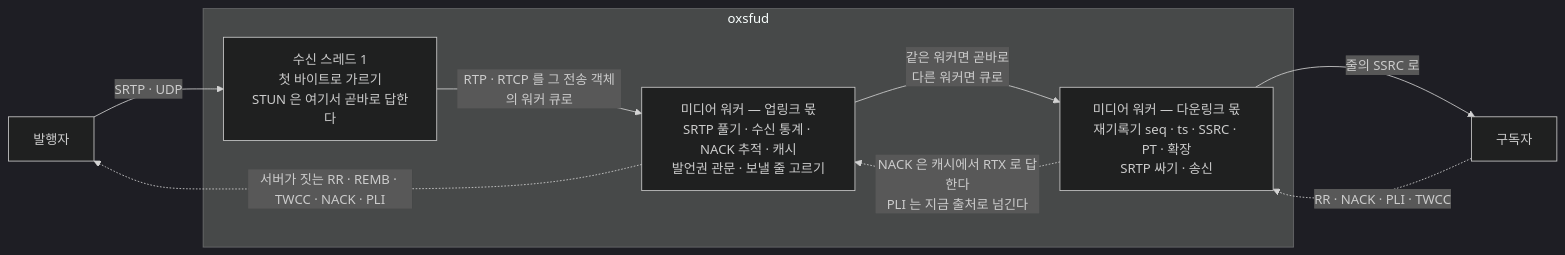
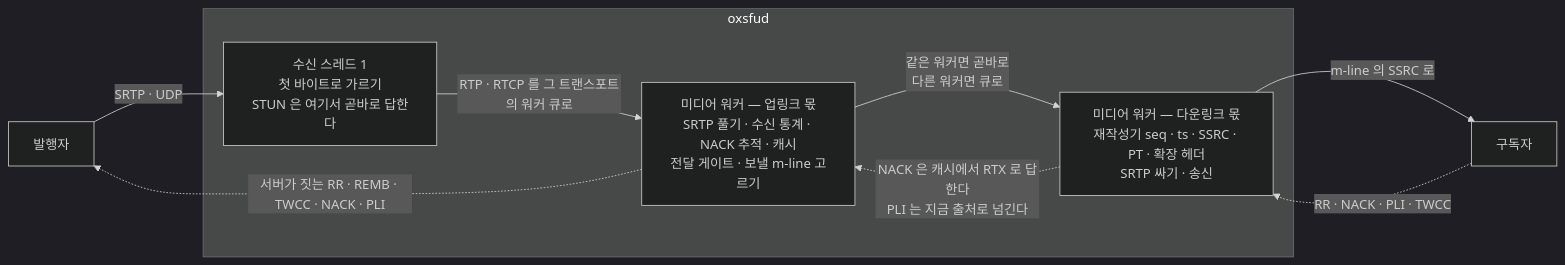
The first of 5 diagrams in docs/learn/04_PACKET_PATH.md (kodeholic9/oxlens-sfu), drawn with Mermaid (dark theme) before and after one commit. The commit also changed other lines of this file and 19 other files, not shown here.

Commit message:
발언권 줄 mbcp_seq 를 와이어 SEQ 로(f6bbf02 S4 수리가 다른 칸 o.m.n 을 실어 늘 0) · 학습 문서 공개판 현행화(표준 용어 · 새 회차 값)(context 202611/20261109a 현행화)

````diff
--- a/docs/learn/04_PACKET_PATH.md
+++ b/docs/learn/04_PACKET_PATH.md
@@ -11,13 +11,13 @@
 ```mermaid
 flowchart LR
   P["발행자"] -- "SRTP · UDP" --> R
   subgraph SFU["oxsfud"]
-    R["수신 스레드 1<br/>첫 바이트로 가르기<br/>STUN 은 여기서 곧바로 답한다"] -- "RTP · RTCP 를 그 전송 객체의 워커 큐로" --> U
-    U["미디어 워커 — 업링크 몫<br/>SRTP 풀기 · 수신 통계 · NACK 추적 · 캐시<br/>발언권 관문 · 보낼 줄 고르기"] -- "같은 워커면 곧바로<br/>다른 워커면 큐로" --> D
-    D["미디어 워커 — 다운링크 몫<br/>재기록기 seq · ts · SSRC · PT · 확장<br/>SRTP 싸기 · 송신"]
+    R["수신 스레드 1<br/>첫 바이트로 가르기<br/>STUN 은 여기서 곧바로 답한다"] -- "RTP · RTCP 를 그 트랜스포트의 워커 큐로" --> U
+    U["미디어 워커 — 업링크 몫<br/>SRTP 풀기 · 수신 통계 · NACK 추적 · 캐시<br/>전달 게이트 · 보낼 m-line 고르기"] -- "같은 워커면 곧바로<br/>다른 워커면 큐로" --> D
+    D["미디어 워커 — 다운링크 몫<br/>재작성기 seq · ts · SSRC · PT · 확장 헤더<br/>SRTP 싸기 · 송신"]
   end
-  D -- "줄의 SSRC 로" --> S["구독자"]
+  D -- "m-line 의 SSRC 로" --> S["구독자"]
   S -. "RR · NACK · PLI · TWCC" .-> D
   D -. "NACK 은 캐시에서 RTX 로 답한다<br/>PLI 는 지금 출처로 넘긴다" .-> U
   U -. "서버가 짓는 RR · REMB · TWCC · NACK · PLI" .-> P
 ```
````
